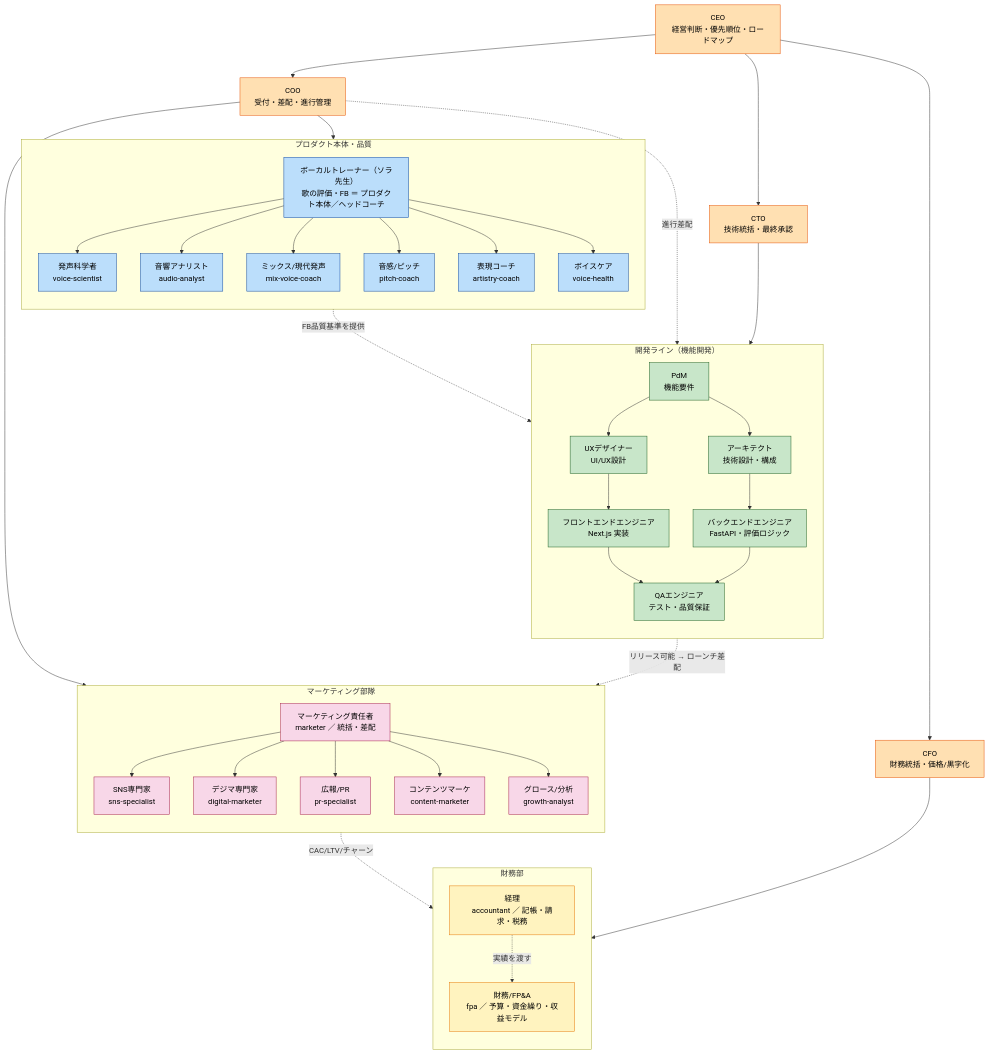
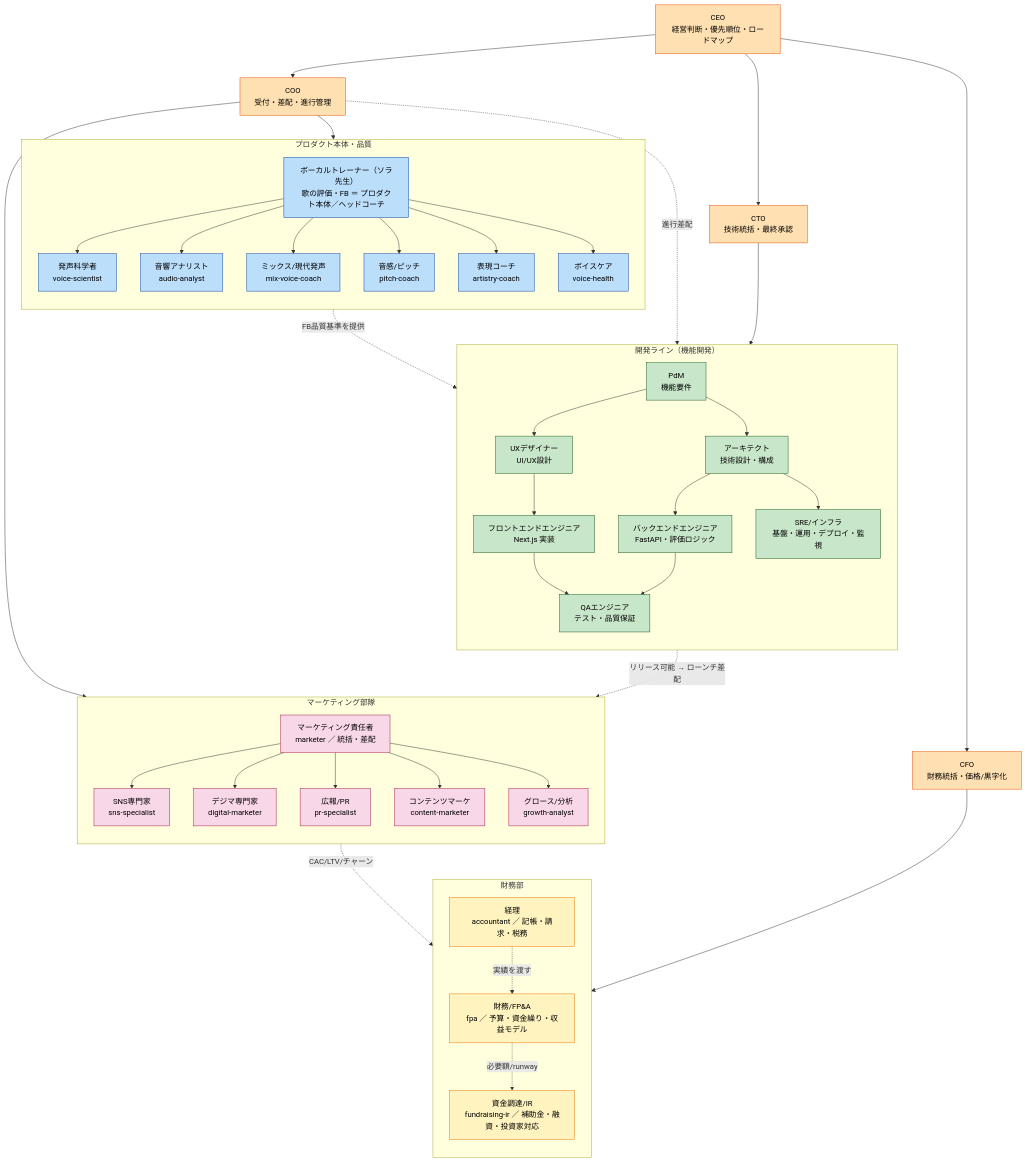
The first of 2 diagrams in docs/42_組織図_現状.md (maru0814/vocalcoach), drawn with Mermaid before and after one commit. The commit also changed other lines of this file and 4 other files, not shown here.

First line of the commit message:
feat: SRE/インフラ と 資金調達/IR を新設

````diff
--- a/docs/42_組織図_現状.md
+++ b/docs/42_組織図_現状.md
@@ -20,72 +20,75 @@
 ```mermaid
 graph TD
     CEO["CEO<br/>経営判断・優先順位・ロードマップ"]
     COO["COO<br/>受付・差配・進行管理"]
     CTO["CTO<br/>技術統括・最終承認"]
     CFO["CFO<br/>財務統括・価格/黒字化"]
     CEO --> COO
     CEO --> CTO
     CEO --> CFO
 
     %% ── 部門に接続 ──
     CTO --> PDM
     COO -. 進行差配 .-> PDM
     COO --> VT
     COO --> MKT
     CFO --> ACC
 
     subgraph DEV["開発ライン（機能開発）"]
       direction TB
       PDM["PdM<br/>機能要件"]
       PDM --> DES["UXデザイナー<br/>UI/UX設計"]
       PDM --> ARC["アーキテクト<br/>技術設計・構成"]
       DES --> FE["フロントエンドエンジニア<br/>Next.js 実装"]
       ARC --> BE["バックエンドエンジニア<br/>FastAPI・評価ロジック"]
       FE --> QA["QAエンジニア<br/>テスト・品質保証"]
       BE --> QA
+      ARC --> SRE["SRE/インフラ<br/>基盤・運用・デプロイ・監視"]
     end
 
     subgraph PROD["プロダクト本体・品質"]
       direction TB
       VT["ボーカルトレーナー（ソラ先生）<br/>歌の評価・FB ＝ プロダクト本体／ヘッドコーチ"]
       VT --> VSCI["発声科学者<br/>voice-scientist"]
       VT --> AUD["音響アナリスト<br/>audio-analyst"]
       VT --> MIX["ミックス/現代発声<br/>mix-voice-coach"]
       VT --> PIT["音感/ピッチ<br/>pitch-coach"]
       VT --> ART["表現コーチ<br/>artistry-coach"]
       VT --> VH["ボイスケア<br/>voice-health"]
     end
 
     subgraph MKTG["マーケティング部隊"]
       direction TB
       MKT["マーケティング責任者<br/>marketer ／ 統括・差配"]
       MKT --> SNS["SNS専門家<br/>sns-specialist"]
       MKT --> DM["デジマ専門家<br/>digital-marketer"]
       MKT --> PR["広報/PR<br/>pr-specialist"]
       MKT --> CM["コンテンツマーケ<br/>content-marketer"]
       MKT --> GA["グロース/分析<br/>growth-analyst"]
     end
 
     subgraph FIN["財務部"]
       direction TB
       ACC["経理<br/>accountant ／ 記帳・請求・税務"]
       FPA["財務/FP&A<br/>fpa ／ 予算・資金繰り・収益モデル"]
+      IR["資金調達/IR<br/>fundraising-ir ／ 補助金・融資・投資家対応"]
       ACC -. 実績を渡す .-> FPA
+      FPA -. 必要額/runway .-> IR
     end
 
     %% 横連携（上下関係ではない）
     VT -. "FB品質基準を提供" .-> BE
     QA -. "リリース可能 → ローンチ差配" .-> MKT
     GA -. "CAC/LTV/チャーン" .-> FPA
 
     classDef exec fill:#ffe0b2,stroke:#e65100,color:#000;
     classDef product fill:#c8e6c9,stroke:#1b5e20,color:#000;
     classDef coach fill:#bbdefb,stroke:#0d47a1,color:#000;
     classDef mkt fill:#f8d7e8,stroke:#a61e4d,color:#000;
     classDef fin fill:#fff3bf,stroke:#e67700,color:#000;
     class CEO,COO,CTO,CFO exec;
-    class PDM,DES,ARC,FE,BE,QA product;
+    class PDM,DES,ARC,FE,BE,QA,SRE product;
     class VT,VSCI,AUD,MIX,PIT,ART,VH coach;
     class MKT,SNS,DM,PR,CM,GA mkt;
-    class ACC,FPA fin;
+    class ACC,FPA,IR fin;
 ```
````
